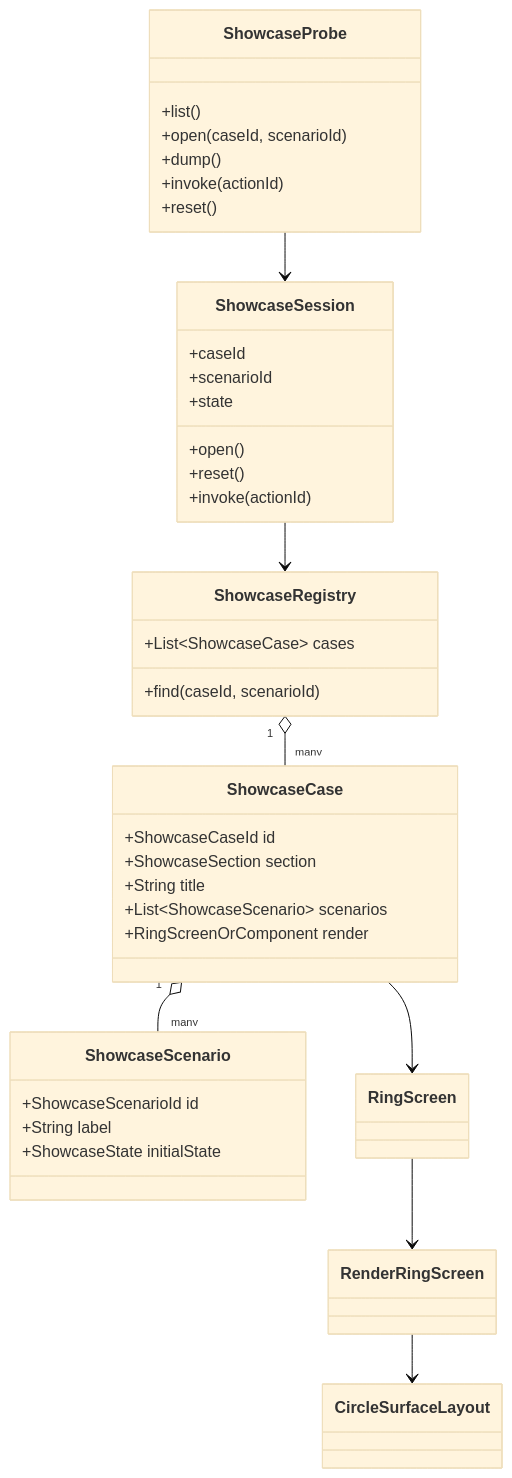
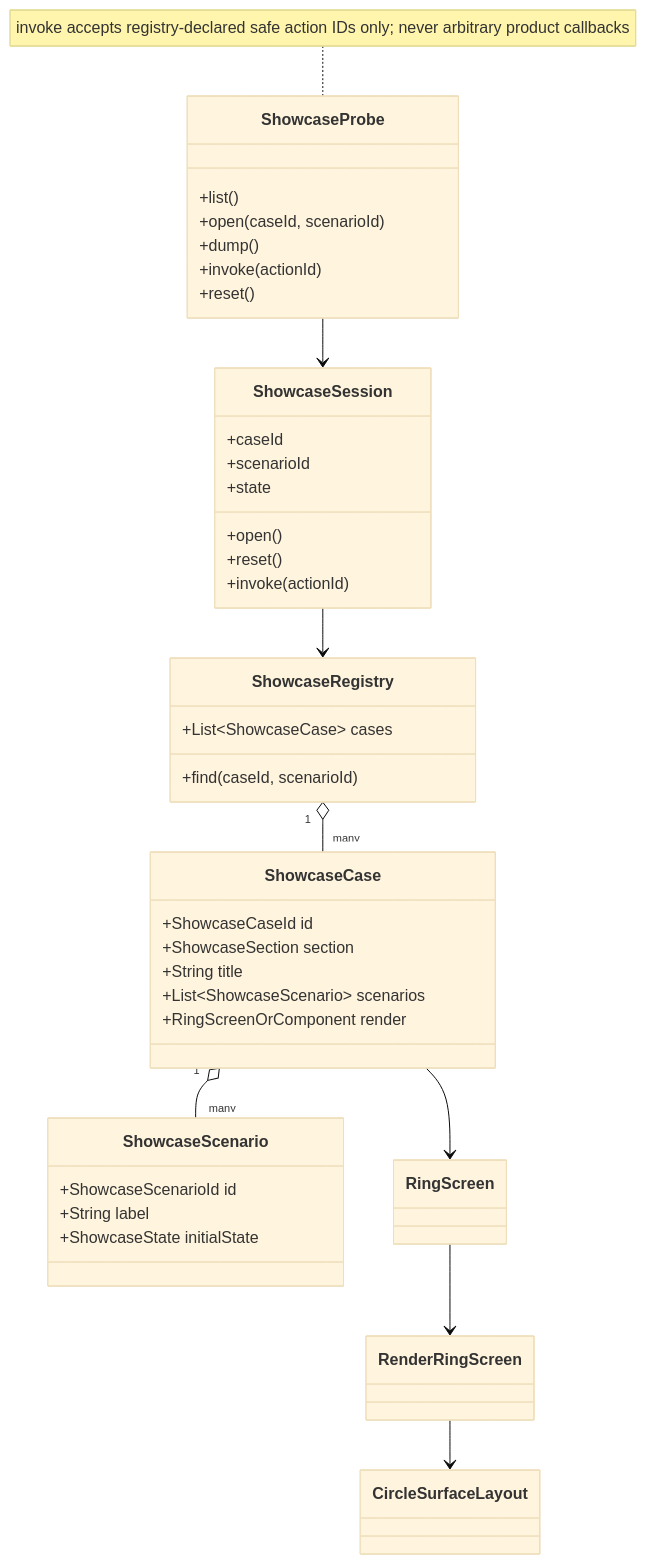
The second of 2 diagrams in docs/plans/2026-08-01-circlekit-showcase-contract.md (adelost/circlekit), drawn with Mermaid (base theme) before and after one commit. The commit also changed other lines of this file, not shown here.

Commit message:
docs: accept showcase architecture review

````diff
--- a/docs/plans/2026-08-01-circlekit-showcase-contract.md
+++ b/docs/plans/2026-08-01-circlekit-showcase-contract.md
@@ -147,45 +148,46 @@
 ```mermaid
 classDiagram
     class ShowcaseCase {
       +ShowcaseCaseId id
       +ShowcaseSection section
       +String title
       +List~ShowcaseScenario~ scenarios
       +RingScreenOrComponent render
     }
     class ShowcaseScenario {
       +ShowcaseScenarioId id
       +String label
       +ShowcaseState initialState
     }
     class ShowcaseRegistry {
       +List~ShowcaseCase~ cases
       +find(caseId, scenarioId)
     }
     class ShowcaseSession {
       +caseId
       +scenarioId
       +state
       +open()
       +reset()
       +invoke(actionId)
     }
     class ShowcaseProbe {
       +list()
       +open(caseId, scenarioId)
       +dump()
       +invoke(actionId)
       +reset()
     }
     class RingScreen
     class RenderRingScreen
     class CircleSurfaceLayout
 
     ShowcaseRegistry "1" o-- "many" ShowcaseCase
     ShowcaseCase "1" o-- "many" ShowcaseScenario
     ShowcaseSession --> ShowcaseRegistry
     ShowcaseProbe --> ShowcaseSession
     ShowcaseCase --> RingScreen
     RingScreen --> RenderRingScreen
     RenderRingScreen --> CircleSurfaceLayout
+    note for ShowcaseProbe "invoke accepts registry-declared safe action IDs only; never arbitrary product callbacks"
 ```
````
